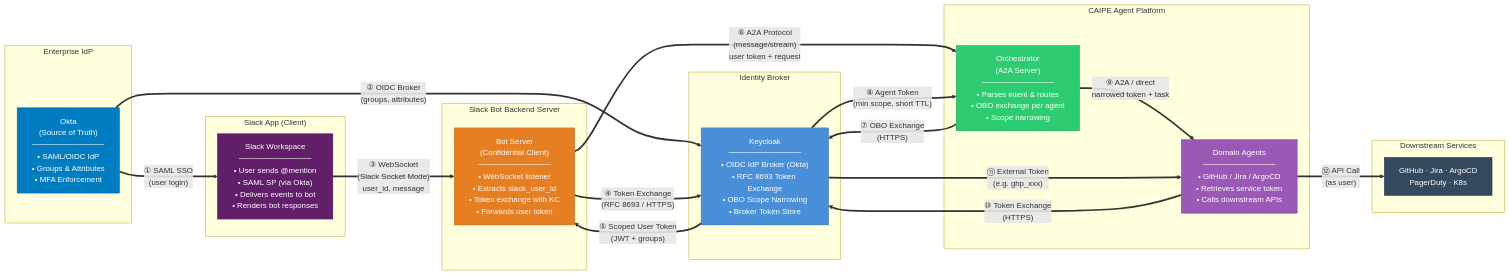
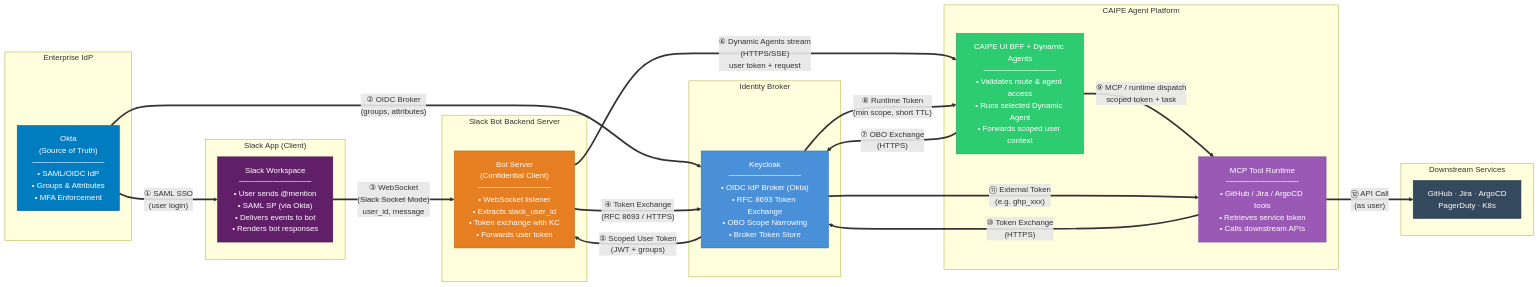
The first of 10 diagrams in docs/docs/architecture/slack-bot-authorization.md (cnoe-io/ai-platform-engineering), drawn with Mermaid before and after one commit. The commit also changed other lines of this file and 252 other files, not shown here.

````diff
--- a/docs/docs/architecture/slack-bot-authorization.md
+++ b/docs/docs/architecture/slack-bot-authorization.md
@@ -13,48 +13,48 @@
 ```mermaid
 graph LR
     subgraph IDP["Enterprise IdP"]
         OKTA["Okta<br/>(Source of Truth)<br/>─────────────<br/>• SAML/OIDC IdP<br/>• Groups & Attributes<br/>• MFA Enforcement"]
     end
 
     subgraph SLACK_PLATFORM["Slack App (Client)"]
         SLACK_APP["Slack Workspace<br/>─────────────<br/>• User sends @mention<br/>• SAML SP (via Okta)<br/>• Delivers events to bot<br/>• Renders bot responses"]
     end
 
     subgraph BOT_BACKEND["Slack Bot Backend Server"]
         BOT["Bot Server<br/>(Confidential Client)<br/>─────────────<br/>• WebSocket listener<br/>• Extracts slack_user_id<br/>• Token exchange with KC<br/>• Forwards user token"]
     end
 
     subgraph IDENTITY["Identity Broker"]
         KC["Keycloak<br/>─────────────<br/>• OIDC IdP Broker (Okta)<br/>• RFC 8693 Token Exchange<br/>• OBO Scope Narrowing<br/>• Broker Token Store"]
     end
 
     subgraph CAIPE["CAIPE Agent Platform"]
-        ORCH["Orchestrator<br/>(A2A Server)<br/>─────────────<br/>• Parses intent & routes<br/>• OBO exchange per agent<br/>• Scope narrowing"]
-        AGENTS["Domain Agents<br/>─────────────<br/>• GitHub / Jira / ArgoCD<br/>• Retrieves service token<br/>• Calls downstream APIs"]
+        ORCH["CAIPE UI BFF + Dynamic Agents<br/>─────────────<br/>• Validates route & agent access<br/>• Runs selected Dynamic Agent<br/>• Forwards scoped user context"]
+        AGENTS["MCP Tool Runtime<br/>─────────────<br/>• GitHub / Jira / ArgoCD tools<br/>• Retrieves service token<br/>• Calls downstream APIs"]
     end
 
     subgraph DS_SVC["Downstream Services"]
         DS["GitHub · Jira · ArgoCD<br/>PagerDuty · K8s"]
     end
 
     OKTA ==>|"① SAML SSO<br/>(user login)"| SLACK_APP
     OKTA ==>|"② OIDC Broker<br/>(groups, attributes)"| KC
     SLACK_APP ==>|"③ WebSocket<br/>(Slack Socket Mode)<br/>user_id, message"| BOT
     BOT ==>|"④ Token Exchange<br/>(RFC 8693 / HTTPS)"| KC
     KC ==>|"⑤ Scoped User Token<br/>(JWT + groups)"| BOT
-    BOT ==>|"⑥ A2A Protocol<br/>(message/stream)<br/>user token + request"| ORCH
+    BOT ==>|"⑥ Dynamic Agents stream<br/>(HTTPS/SSE)<br/>user token + request"| ORCH
     ORCH ==>|"⑦ OBO Exchange<br/>(HTTPS)"| KC
-    KC ==>|"⑧ Agent Token<br/>(min scope, short TTL)"| ORCH
-    ORCH ==>|"⑨ A2A / direct<br/>narrowed token + task"| AGENTS
+    KC ==>|"⑧ Runtime Token<br/>(min scope, short TTL)"| ORCH
+    ORCH ==>|"⑨ MCP / runtime dispatch<br/>scoped token + task"| AGENTS
     AGENTS ==>|"⑩ Token Exchange<br/>(HTTPS)"| KC
     KC ==>|"⑪ External Token<br/>(e.g. ghp_xxx)"| AGENTS
     AGENTS ==>|"⑫ API Call<br/>(as user)"| DS
 
     style OKTA fill:#007DC1,color:#fff,stroke:#005a8c
     style KC fill:#4A90D9,color:#fff,stroke:#2d6da3
     style BOT fill:#E67E22,color:#fff,stroke:#bf6516
     style ORCH fill:#2ECC71,color:#fff,stroke:#1a9c54
     style AGENTS fill:#9B59B6,color:#fff,stroke:#7d3c98
     style SLACK_APP fill:#611f69,color:#fff,stroke:#4a154b
     style DS fill:#34495E,color:#fff,stroke:#2c3e50
 ```
````
